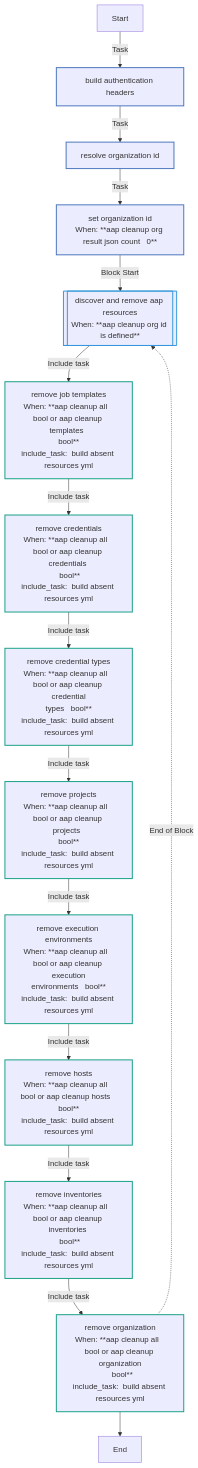
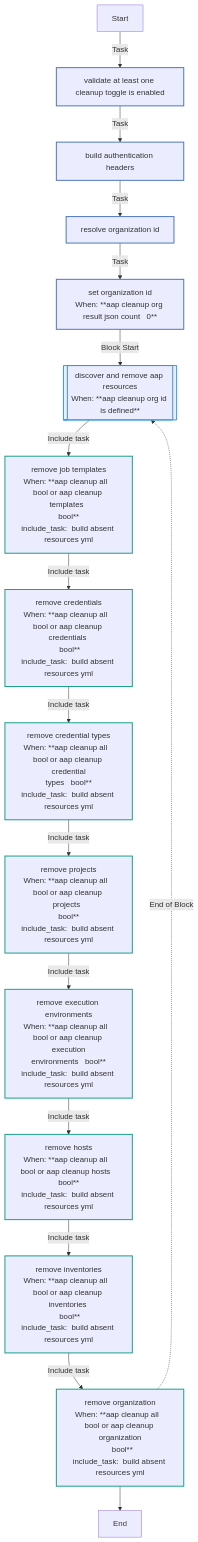
The second of 2 diagrams in roles/aap_cleanup/README.md (redhat-cop/openshift_virtualization_migration), drawn with Mermaid before and after one commit. The commit also changed other lines of this file and 3 other files, not shown here.

First line of the commit message:
fix(aap_cleanup): default aap_cleanup_all to false with validate assert

````diff
--- a/roles/aap_cleanup/README.md
+++ b/roles/aap_cleanup/README.md
@@ -255,27 +256,28 @@
 ```mermaid
 flowchart TD
 Start
 classDef block stroke:#3498db,stroke-width:2px;
 classDef task stroke:#4b76bb,stroke-width:2px;
 classDef includeTasks stroke:#16a085,stroke-width:2px;
 classDef importTasks stroke:#34495e,stroke-width:2px;
 classDef includeRole stroke:#2980b9,stroke-width:2px;
 classDef importRole stroke:#699ba7,stroke-width:2px;
 classDef includeVars stroke:#8e44ad,stroke-width:2px;
 classDef rescue stroke:#665352,stroke-width:2px;
 
-  Start-->|Task| Build_authentication_headers0[build authentication headers]:::task
-  Build_authentication_headers0-->|Task| Resolve_organization_ID1[resolve organization id]:::task
-  Resolve_organization_ID1-->|Task| Set_organization_ID2[set organization id<br>When: **aap cleanup org result json count   0**]:::task
-  Set_organization_ID2-->|Block Start| Discover_and_remove_AAP_resources3_block_start_0[[discover and remove aap resources<br>When: **aap cleanup org id is defined**]]:::block
-  Discover_and_remove_AAP_resources3_block_start_0-->|Include task| Remove_job_templates__build_absent_resources_yml_0[remove job templates<br>When: **aap cleanup all   bool or aap cleanup templates  <br>bool**<br>include_task:  build absent resources yml]:::includeTasks
+  Start-->|Task| Validate_at_least_one_cleanup_toggle_is_enabled0[validate at least one cleanup toggle is enabled]:::task
+  Validate_at_least_one_cleanup_toggle_is_enabled0-->|Task| Build_authentication_headers1[build authentication headers]:::task
+  Build_authentication_headers1-->|Task| Resolve_organization_ID2[resolve organization id]:::task
+  Resolve_organization_ID2-->|Task| Set_organization_ID3[set organization id<br>When: **aap cleanup org result json count   0**]:::task
+  Set_organization_ID3-->|Block Start| Discover_and_remove_AAP_resources4_block_start_0[[discover and remove aap resources<br>When: **aap cleanup org id is defined**]]:::block
+  Discover_and_remove_AAP_resources4_block_start_0-->|Include task| Remove_job_templates__build_absent_resources_yml_0[remove job templates<br>When: **aap cleanup all   bool or aap cleanup templates  <br>bool**<br>include_task:  build absent resources yml]:::includeTasks
   Remove_job_templates__build_absent_resources_yml_0-->|Include task| Remove_credentials__build_absent_resources_yml_1[remove credentials<br>When: **aap cleanup all   bool or aap cleanup credentials <br> bool**<br>include_task:  build absent resources yml]:::includeTasks
   Remove_credentials__build_absent_resources_yml_1-->|Include task| Remove_credential_types__build_absent_resources_yml_2[remove credential types<br>When: **aap cleanup all   bool or aap cleanup credential<br>types   bool**<br>include_task:  build absent resources yml]:::includeTasks
   Remove_credential_types__build_absent_resources_yml_2-->|Include task| Remove_projects__build_absent_resources_yml_3[remove projects<br>When: **aap cleanup all   bool or aap cleanup projects  <br>bool**<br>include_task:  build absent resources yml]:::includeTasks
   Remove_projects__build_absent_resources_yml_3-->|Include task| Remove_execution_environments__build_absent_resources_yml_4[remove execution environments<br>When: **aap cleanup all   bool or aap cleanup execution<br>environments   bool**<br>include_task:  build absent resources yml]:::includeTasks
   Remove_execution_environments__build_absent_resources_yml_4-->|Include task| Remove_hosts__build_absent_resources_yml_5[remove hosts<br>When: **aap cleanup all   bool or aap cleanup hosts   bool**<br>include_task:  build absent resources yml]:::includeTasks
   Remove_hosts__build_absent_resources_yml_5-->|Include task| Remove_inventories__build_absent_resources_yml_6[remove inventories<br>When: **aap cleanup all   bool or aap cleanup inventories <br> bool**<br>include_task:  build absent resources yml]:::includeTasks
   Remove_inventories__build_absent_resources_yml_6-->|Include task| Remove_organization__build_absent_resources_yml_7[remove organization<br>When: **aap cleanup all   bool or aap cleanup organization<br>  bool**<br>include_task:  build absent resources yml]:::includeTasks
-  Remove_organization__build_absent_resources_yml_7-.->|End of Block| Discover_and_remove_AAP_resources3_block_start_0
+  Remove_organization__build_absent_resources_yml_7-.->|End of Block| Discover_and_remove_AAP_resources4_block_start_0
   Remove_organization__build_absent_resources_yml_7-->End
 ```
````
